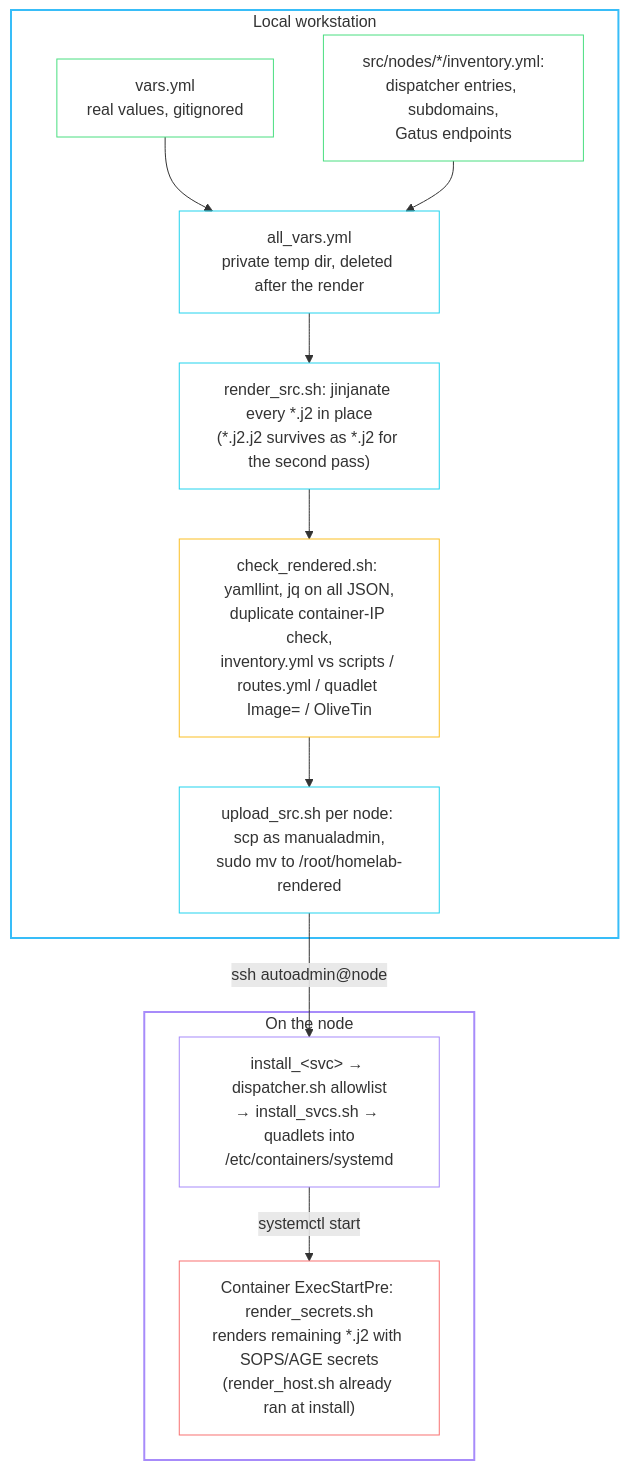
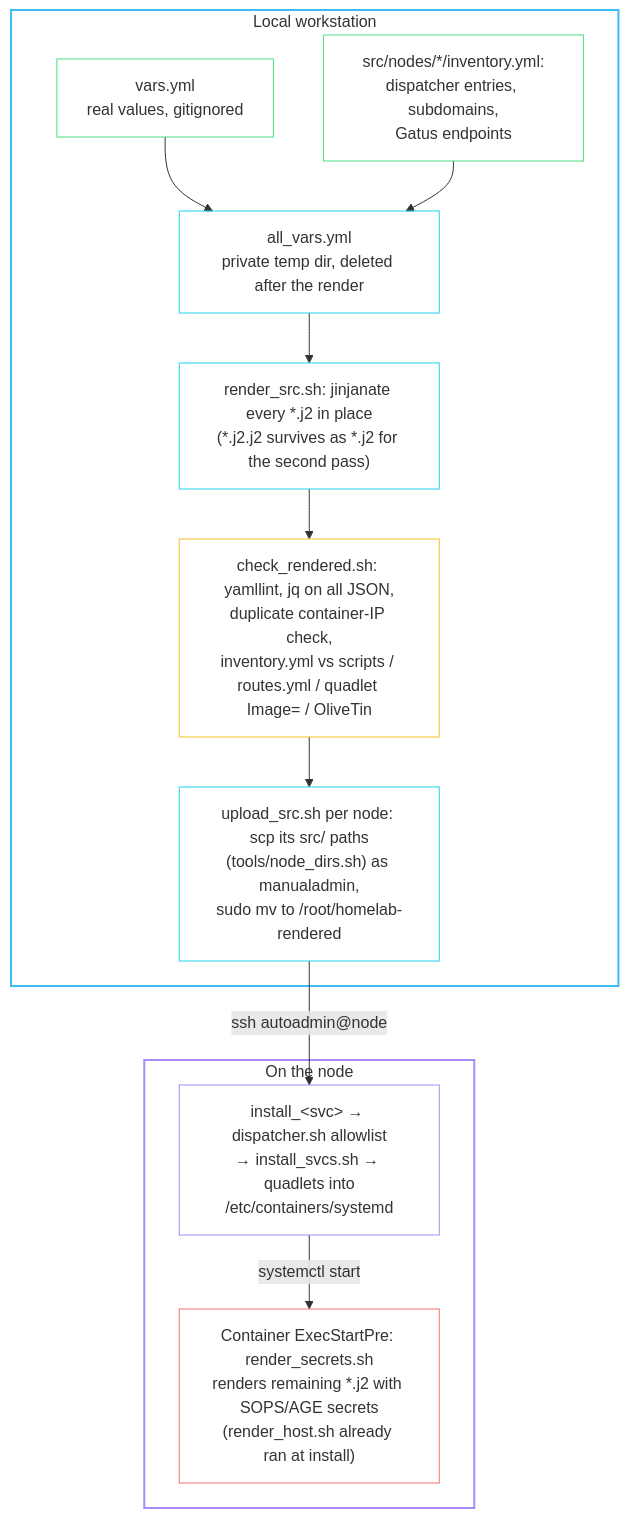
One commit to babraham123/homelab changed the diagram in rendered/docs/development.md. Above: the diagram before and after it, drawn with Mermaid. The commit also changed other lines of this file and 87 other files, not shown here.

First line of the commit message:
deploy/04: upload each node only the src/ dirs it uses

````diff
--- a/rendered/docs/development.md
+++ b/rendered/docs/development.md
@@ -87,35 +89,35 @@
 ```mermaid
 flowchart TB
     subgraph local["Local workstation"]
         vars["vars.yml<br/>real values, gitignored"]
         inventory["src/nodes/*/inventory.yml:<br/>dispatcher entries, subdomains,<br/>Gatus endpoints"]
         allvars["all_vars.yml<br/>private temp dir, deleted after the render"]
         render["render_src.sh: jinjanate every *.j2 in place<br/>(*.j2.j2 survives as *.j2 for the second pass)"]
         validate["check_rendered.sh: yamllint, jq on all JSON,<br/>duplicate container-IP check,<br/>inventory.yml vs scripts / routes.yml / quadlet Image= / OliveTin"]
-        upload["upload_src.sh per node: scp as manualadmin,<br/>sudo mv to /root/homelab-rendered"]
+        upload["upload_src.sh per node: scp its src/ paths<br/>(tools/node_dirs.sh) as manualadmin,<br/>sudo mv to /root/homelab-rendered"]
     end
 
     subgraph node["On the node"]
         dispatch["install_&lt;svc&gt; → dispatcher.sh allowlist<br/>→ install_svcs.sh → quadlets into<br/>/etc/containers/systemd"]
         second["Container ExecStartPre: render_secrets.sh<br/>renders remaining *.j2 with SOPS/AGE secrets<br/>(render_host.sh already ran at install)"]
     end
 
     vars --> allvars
     inventory --> allvars
     allvars --> render --> validate --> upload
     upload -- "ssh autoadmin@node" --> dispatch
     dispatch -- "systemctl start" --> second
 
     style local stroke:#38bdf8,stroke-width:2px,fill:transparent
     style node stroke:#a78bfa,stroke-width:2px,fill:transparent
     classDef input stroke:#4ade80,fill:transparent
     classDef step stroke:#22d3ee,fill:transparent
     classDef onnode stroke:#a78bfa,fill:transparent
     classDef check stroke:#fbbf24,fill:transparent
     classDef secret stroke:#f87171,fill:transparent
     class vars,inventory input
     class allvars,render,upload step
     class dispatch onnode
     class validate check
     class second secret
 ```
````
